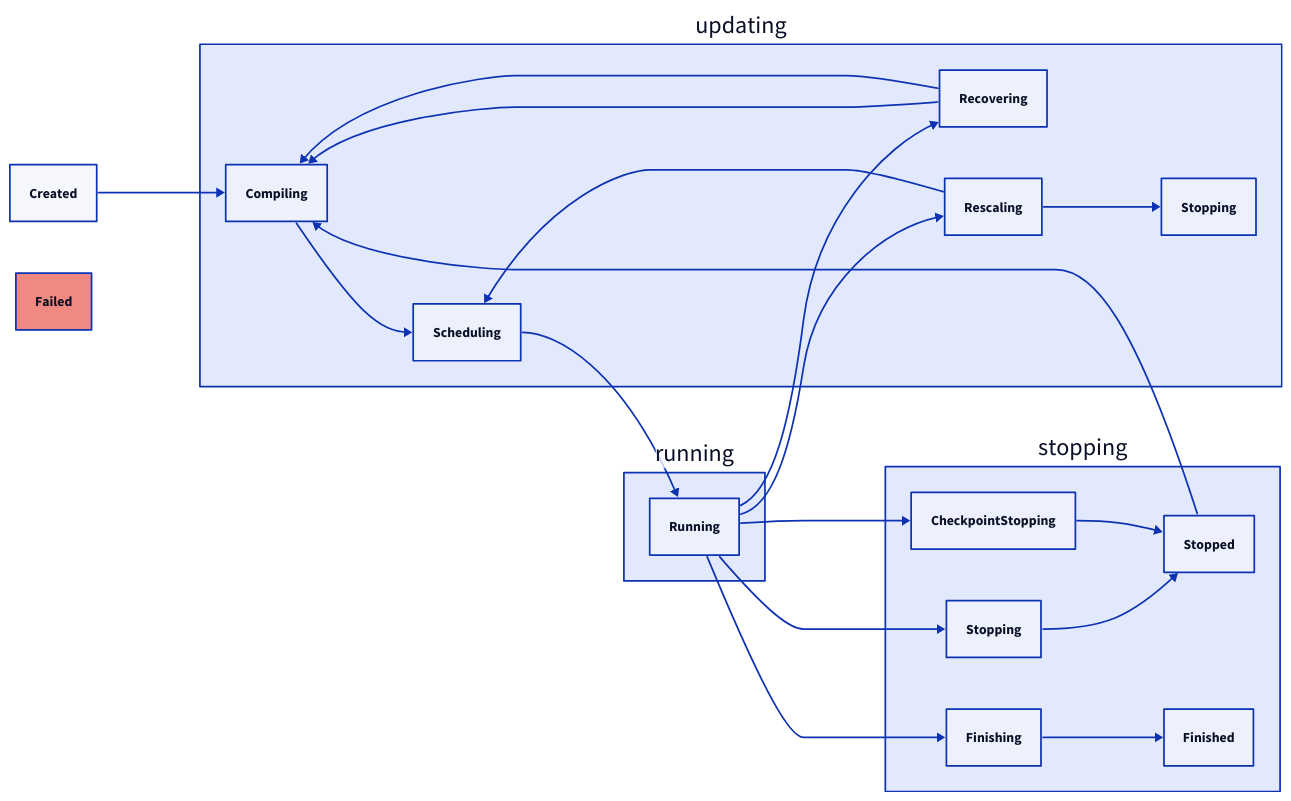
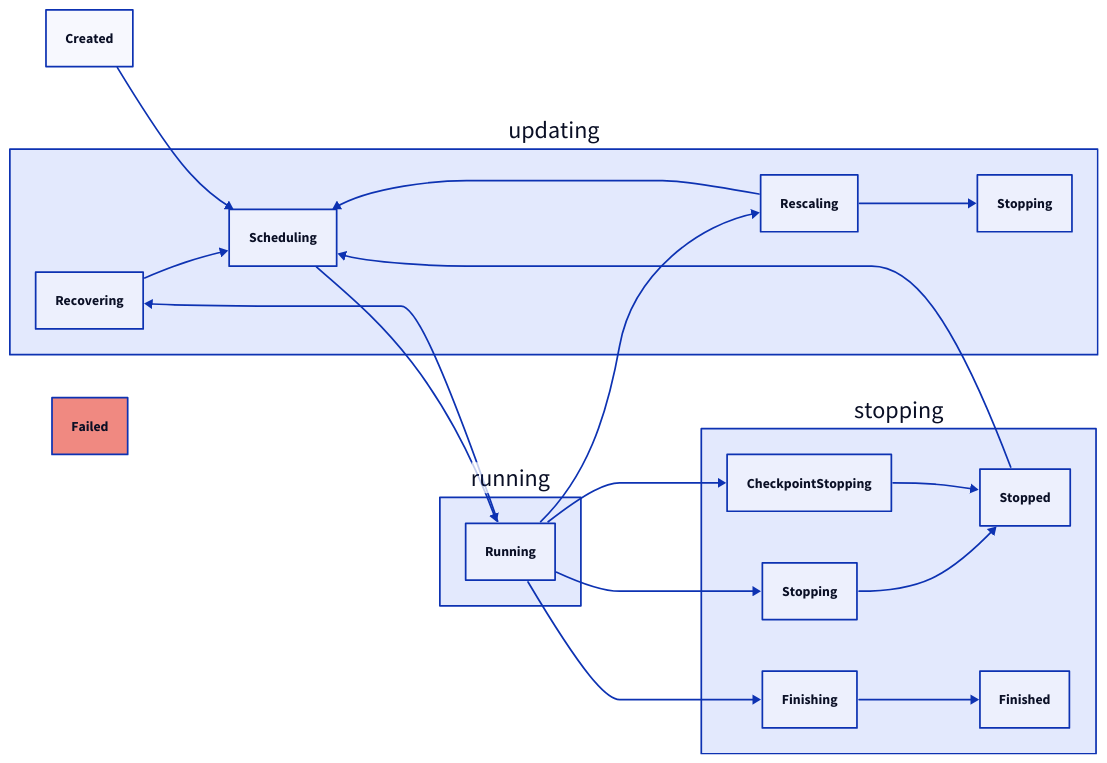
The diagram in images/diagrams/state_machine.d2 (ArroyoSystems/arroyo-docs), drawn with D2 before and after one commit. The commit also changed 9 other files, not shown here.

```diff
--- a/images/diagrams/state_machine.d2
+++ b/images/diagrams/state_machine.d2
@@ -1,33 +1,31 @@
 direction:right
 u:"updating" {
-    Compiling -> Scheduling
-    Recovering -> Compiling
+    Recovering -> Scheduling
     Rescaling -> Scheduling
     Rescaling -> Stopping
-    Recovering -> Compiling
 }
 
-Created -> u.Compiling
+Created -> u.Scheduling
 u.Scheduling -> r.Running
 
 r:"running" {
     Running
 }
 
 r.Running -> s.CheckpointStopping
 r.Running -> s.Stopping
 r.Running -> s.Finishing
 r.Running -> u.Recovering
 r.Running -> u.Rescaling
 
 
 s:"stopping" {
     Stopping -> Stopped
     CheckpointStopping -> Stopped
     Finishing -> Finished
 }
 
-s.Stopped -> u.Compiling
+s.Stopped -> u.Scheduling
 
 Failed
 Failed.style.fill: "#f08981"
```
